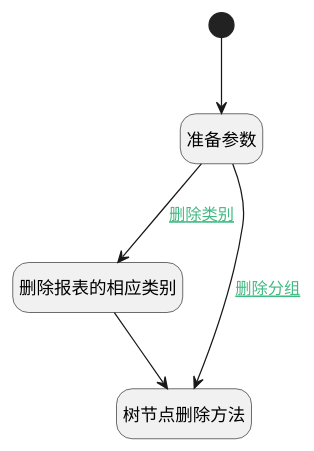
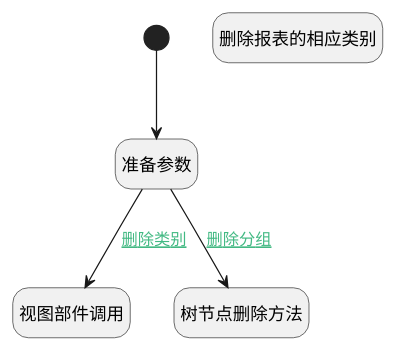
Before and after one commit to iBizLab/plm: the diagram in doc/docsify/module/Insight/insight_report/uilogic/remove_section_or_category.md, drawn with PlantUML. The commit also changed other lines of this file and 2688 other files, not shown here.

````diff
--- a/doc/docsify/module/Insight/insight_report/uilogic/remove_section_or_category.md
+++ b/doc/docsify/module/Insight/insight_report/uilogic/remove_section_or_category.md
@@ -7,24 +7,24 @@
 ```plantuml
 @startuml
 hide footbox
 <style>
 root {
   HyperlinkColor #42b983
 }
 </style>
 
 hide empty description
 state "开始" as Begin <<start>> [[$./remove_section_or_category#begin {开始}]]
+state "视图部件调用" as VIEWCTRLINVOKE2  [[$./remove_section_or_category#viewctrlinvoke2 {视图部件调用}]]
+state "树节点删除方法" as VIEWCTRLINVOKE1  [[$./remove_section_or_category#viewctrlinvoke1 {树节点删除方法}]]
 state "准备参数" as PREPAREJSPARAM1  [[$./remove_section_or_category#preparejsparam1 {准备参数}]]
 state "删除报表的相应类别" as DEACTION1  [[$./remove_section_or_category#deaction1 {删除报表的相应类别}]]
-state "树节点删除方法" as VIEWCTRLINVOKE1  [[$./remove_section_or_category#viewctrlinvoke1 {树节点删除方法}]]
 
 
 Begin --> PREPAREJSPARAM1
-PREPAREJSPARAM1 --> DEACTION1 : [[$./remove_section_or_category#preparejsparam1-deaction1{删除类别} 删除类别]]
-DEACTION1 --> VIEWCTRLINVOKE1
+PREPAREJSPARAM1 --> VIEWCTRLINVOKE2 : [[$./remove_section_or_category#preparejsparam1-viewctrlinvoke2{删除类别} 删除类别]]
 PREPAREJSPARAM1 --> VIEWCTRLINVOKE1 : [[$./remove_section_or_category#preparejsparam1-viewctrlinvoke1{删除分组} 删除分组]]
 
 
 @enduml
 ```
````
